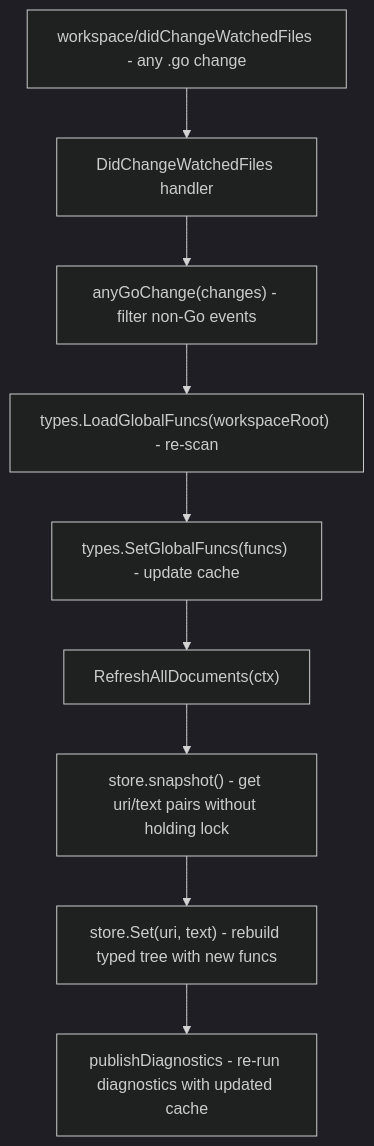
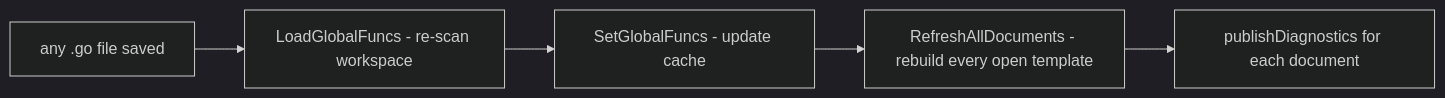
Before and after one commit to allseas/go-template-lsp: the second of 2 diagrams in docs/features/func_hints.md, drawn with Mermaid (dark theme). The commit also changed other lines of this file and 6 other files, not shown here.

Commit message:
docs: simplified the flowcharts

````diff
--- a/docs/features/func_hints.md
+++ b/docs/features/func_hints.md
@@ -54,11 +49,7 @@
 ```mermaid
-flowchart TD
-    A["workspace/didChangeWatchedFiles - any .go change"] --> B[DidChangeWatchedFiles handler]
-    B --> C["anyGoChange(changes) - filter non-Go events"]
-    C --> D["types.LoadGlobalFuncs(workspaceRoot) - re-scan"]
-    D --> E["types.SetGlobalFuncs(funcs) - update cache"]
-    E --> F["RefreshAllDocuments(ctx)"]
-    F --> G["store.snapshot() - get uri/text pairs without holding lock"]
-    G --> H["store.Set(uri, text) - rebuild typed tree with new funcs"]
-    H --> I["publishDiagnostics - re-run diagnostics with updated cache"]
+flowchart LR
+    A["any .go file saved"] --> B["LoadGlobalFuncs - re-scan workspace"]
+    B --> C["SetGlobalFuncs - update cache"]
+    C --> D["RefreshAllDocuments - rebuild every open template"]
+    D --> E[publishDiagnostics for each document]
 ```
````
